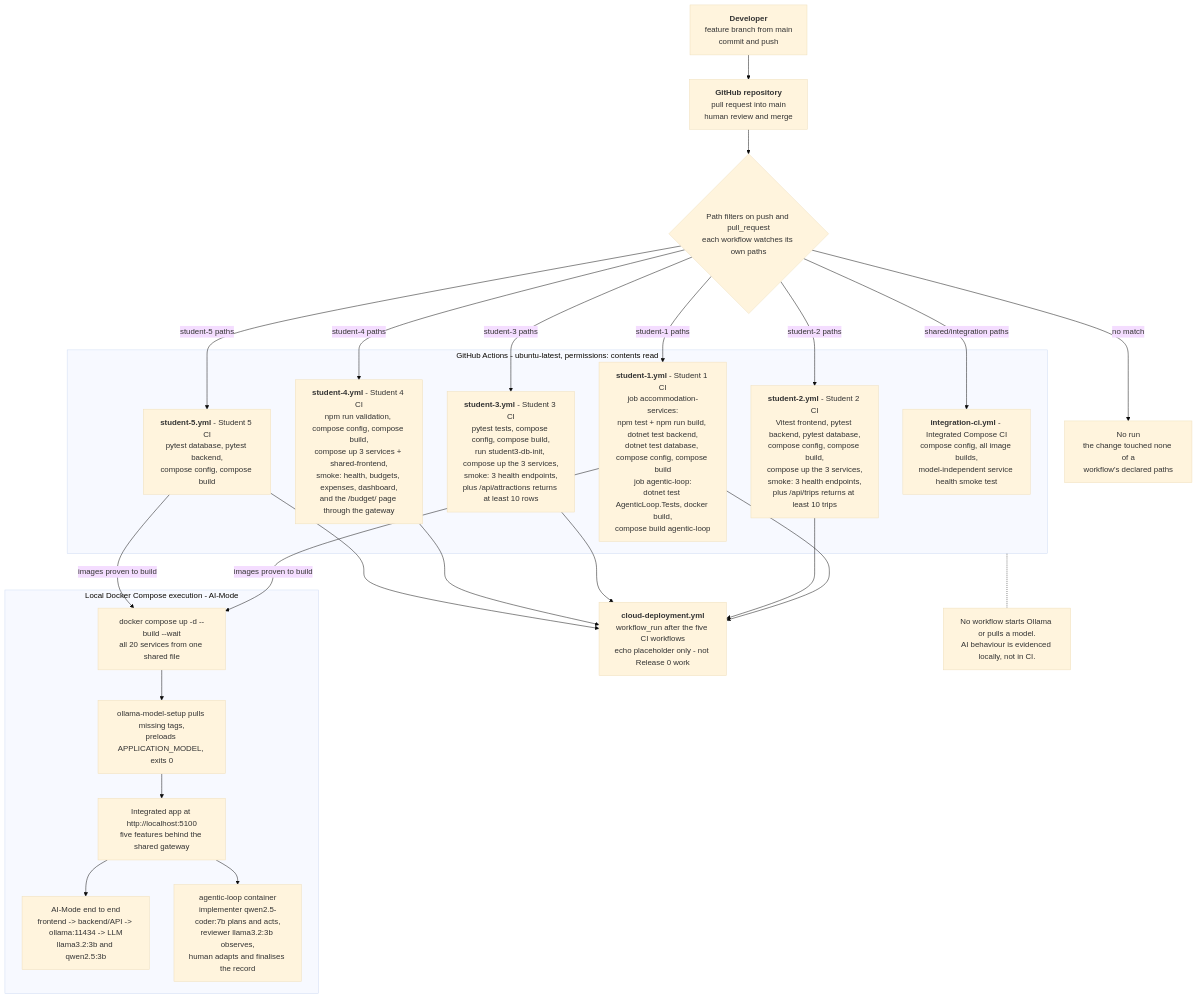
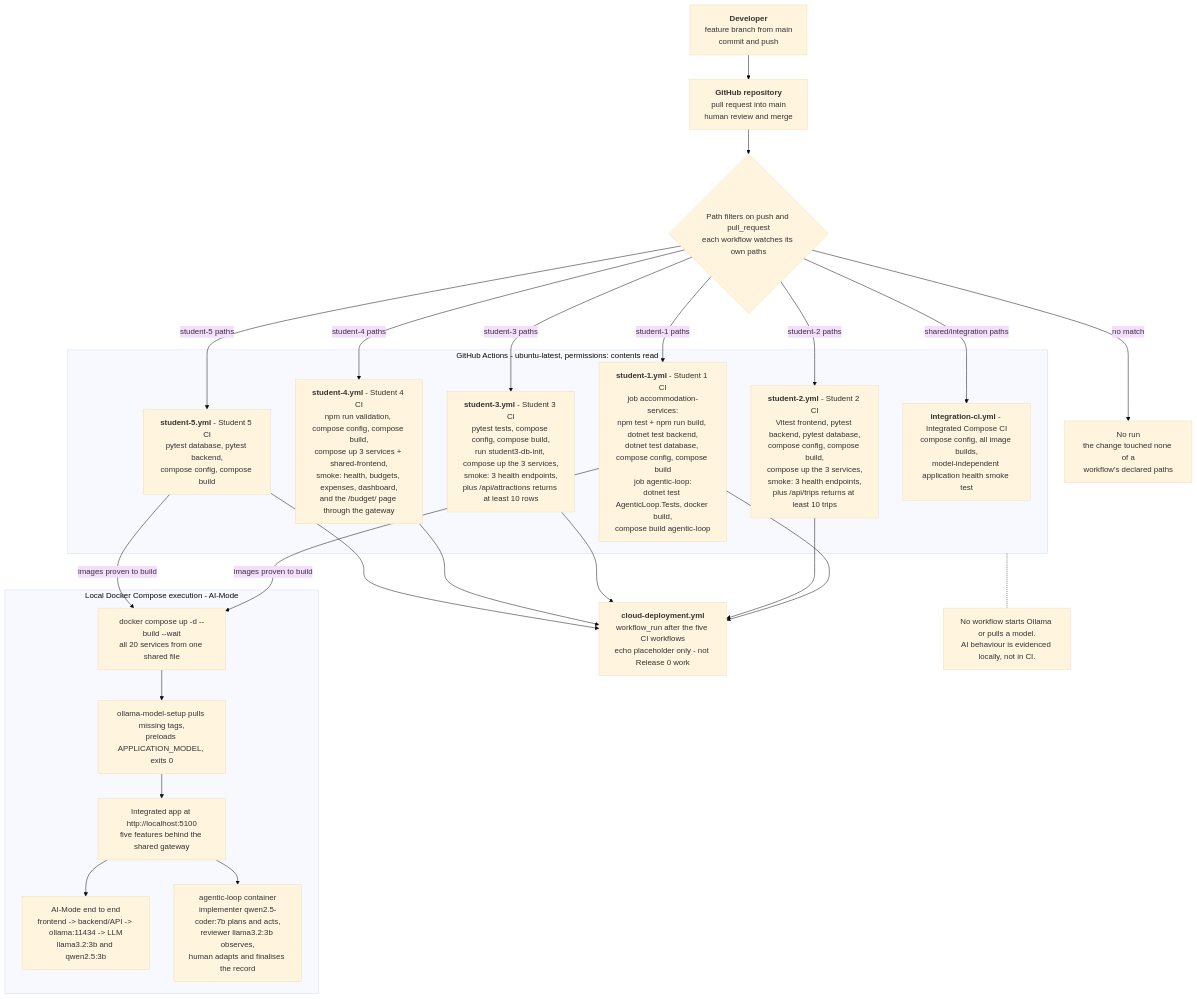
One commit to LucLeMoenic/Advanced-Software-Development-Project changed the diagram in docs/release-0/devops-pipeline.md. Above: the diagram before and after it, drawn with Mermaid (base theme). The commit also changed other lines of this file and 4 other files, not shown here.

Commit message:
ci: fix integrated smoke checks

````diff
--- a/docs/release-0/devops-pipeline.md
+++ b/docs/release-0/devops-pipeline.md
@@ -10,47 +10,47 @@
 ```mermaid
 flowchart TD
     dev["<b>Developer</b><br/>feature branch from main<br/>commit and push"]
     gh["<b>GitHub repository</b><br/>pull request into main<br/>human review and merge"]
     paths{"Path filters on push and pull_request<br/>each workflow watches its own paths"}
     skip["No run<br/>the change touched none of a<br/>workflow's declared paths"]
 
     subgraph ci["GitHub Actions - ubuntu-latest, permissions: contents read"]
         w1["<b>student-1.yml</b> - Student 1 CI<br/>job accommodation-services:<br/>npm test + npm run build, dotnet test backend,<br/>dotnet test database, compose config, compose build<br/>job agentic-loop:<br/>dotnet test AgenticLoop.Tests, docker build,<br/>compose build agentic-loop"]
         w2["<b>student-2.yml</b> - Student 2 CI<br/>Vitest frontend, pytest backend, pytest database,<br/>compose config, compose build,<br/>compose up the 3 services,<br/>smoke: 3 health endpoints,<br/>plus /api/trips returns at least 10 trips"]
         w3["<b>student-3.yml</b> - Student 3 CI<br/>pytest tests, compose config, compose build,<br/>run student3-db-init, compose up the 3 services,<br/>smoke: 3 health endpoints,<br/>plus /api/attractions returns at least 10 rows"]
         w4["<b>student-4.yml</b> - Student 4 CI<br/>npm run validation, compose config, compose build,<br/>compose up 3 services + shared-frontend,<br/>smoke: health, budgets, expenses, dashboard,<br/>and the /budget/ page through the gateway"]
         w5["<b>student-5.yml</b> - Student 5 CI<br/>pytest database, pytest backend,<br/>compose config, compose build"]
-        wi["<b>integration-ci.yml</b> - Integrated Compose CI<br/>compose config, all image builds,<br/>model-independent service health smoke test"]
+        wi["<b>integration-ci.yml</b> - Integrated Compose CI<br/>compose config, all image builds,<br/>model-independent application health smoke test"]
     end
 
     cd["<b>cloud-deployment.yml</b><br/>workflow_run after the five CI workflows<br/>echo placeholder only - not Release 0 work"]
 
     subgraph local["Local Docker Compose execution - AI-Mode"]
         up["docker compose up -d --build --wait<br/>all 20 services from one shared file"]
         models["ollama-model-setup pulls missing tags,<br/>preloads APPLICATION_MODEL, exits 0"]
         app["Integrated app at http://localhost:5100<br/>five features behind the shared gateway"]
         aim["AI-Mode end to end<br/>frontend -> backend/API -> ollama:11434 -> LLM<br/>llama3.2:3b and qwen2.5:3b"]
         loop["agentic-loop container<br/>implementer qwen2.5-coder:7b plans and acts,<br/>reviewer llama3.2:3b observes,<br/>human adapts and finalises the record"]
         up --> models --> app --> aim
         app --> loop
     end
 
     note["No workflow starts Ollama or pulls a model.<br/>AI behaviour is evidenced locally, not in CI."]
 
     dev --> gh --> paths
     paths -->|"no match"| skip
     paths -->|"student-1 paths"| w1
     paths -->|"student-2 paths"| w2
     paths -->|"student-3 paths"| w3
     paths -->|"student-4 paths"| w4
     paths -->|"student-5 paths"| w5
     paths -->|"shared/integration paths"| wi
     w1 --> cd
     w2 --> cd
     w3 --> cd
     w4 --> cd
     w5 --> cd
     ci -.- note
     w1 -->|"images proven to build"| up
     w5 -->|"images proven to build"| up
 ```
````
